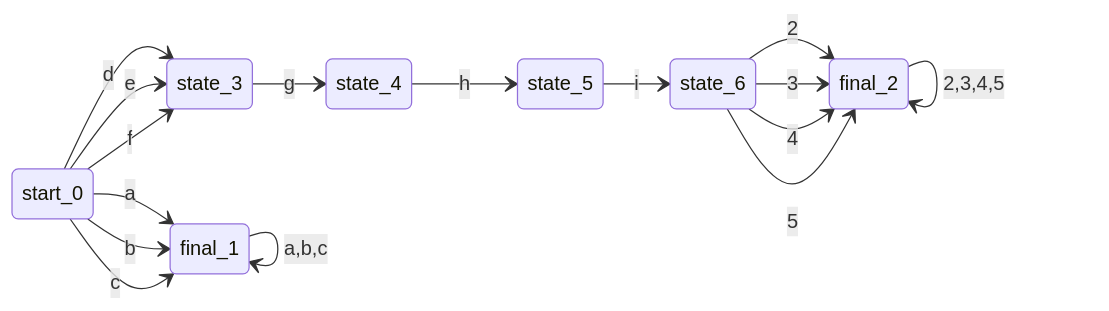
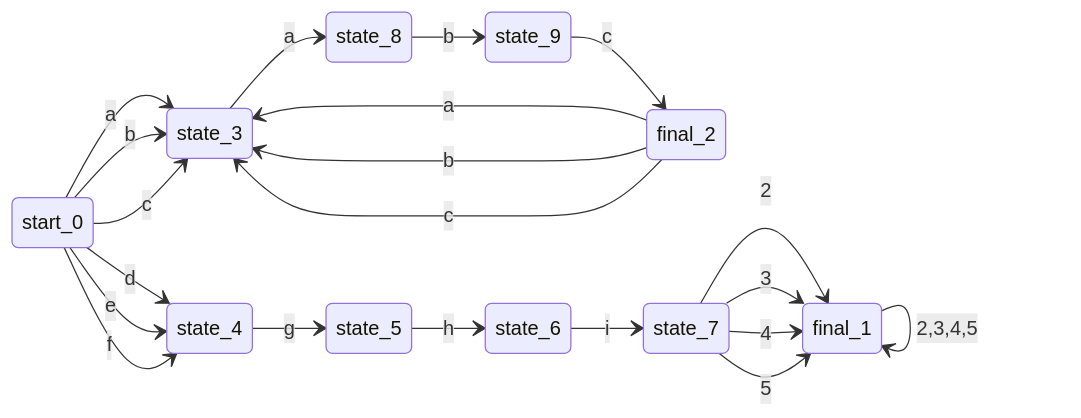
Diagram 24 of 24 in regex_visualize.md (ZZH-Finalize/Generic-Laxer), drawn with Mermaid before and after one commit. The commit also changed other lines of this file and 1 other file, not shown here.

````diff
--- a/regex_visualize.md
+++ b/regex_visualize.md
@@ -340,20 +351,25 @@
 ```mermaid
 stateDiagram-v2
 direction LR
 
-start_0 --> final_1 : a
-start_0 --> final_1 : b
-start_0 --> final_1 : c
-start_0 --> state_3 : d
-start_0 --> state_3 : e
-start_0 --> state_3 : f
-state_3 --> state_4 : g
-state_4 --> state_5 : h
-state_5 --> state_6 : i
-state_6 --> final_2 : 2
-state_6 --> final_2 : 3
-state_6 --> final_2 : 4
-state_6 --> final_2 : 5
-final_1 --> final_1 : a,b,c
-final_2 --> final_2 : 2,3,4,5
+start_0 --> state_3 : a
+start_0 --> state_3 : b
+start_0 --> state_3 : c
+start_0 --> state_4 : d
+start_0 --> state_4 : e
+start_0 --> state_4 : f
+final_2 --> state_3 : a
+final_2 --> state_3 : b
+final_2 --> state_3 : c
+state_3 --> state_8 : a
+state_4 --> state_5 : g
+state_5 --> state_6 : h
+state_6 --> state_7 : i
+state_7 --> final_1 : 2
+state_7 --> final_1 : 3
+state_7 --> final_1 : 4
+state_7 --> final_1 : 5
+state_8 --> state_9 : b
+state_9 --> final_2 : c
+final_1 --> final_1 : 2,3,4,5
 ```
````
